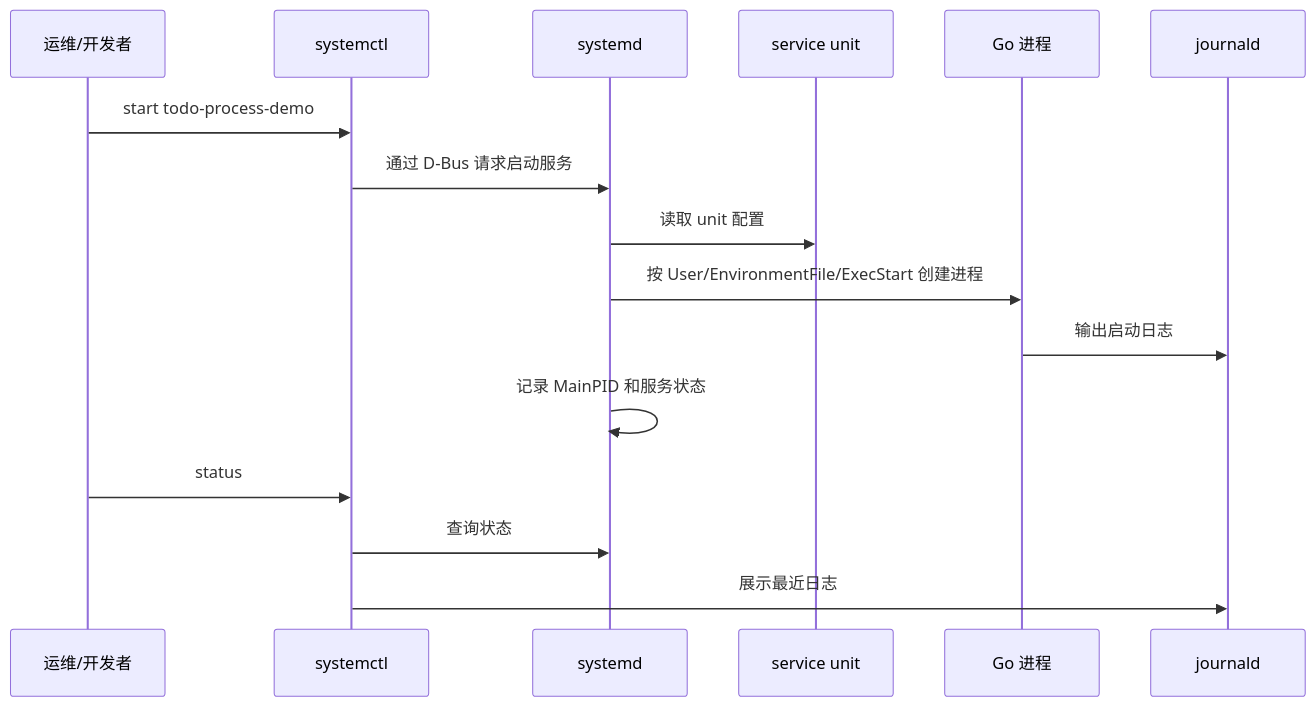
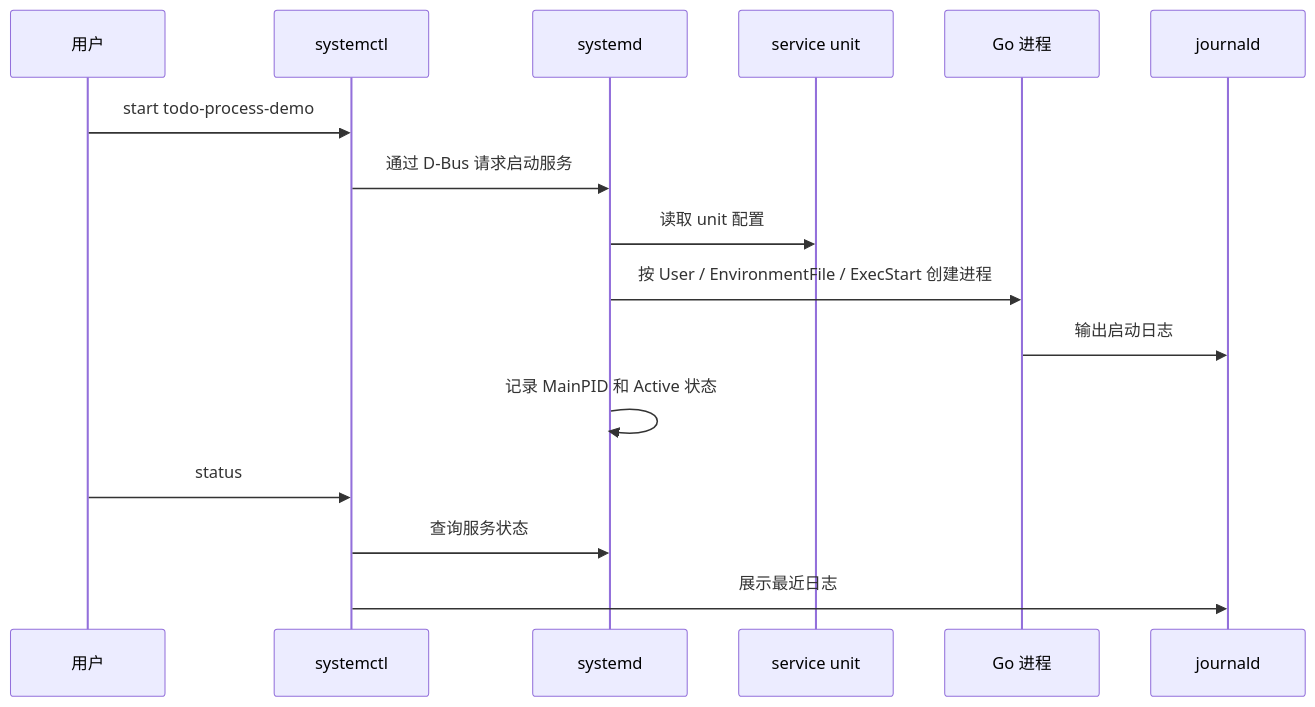
One commit to yleoer/cloud-native-todo-platform-docs changed the third of 3 diagrams in docs/chapters/stage-01-foundation/03-linux-process.md. Above: the diagram before and after it, drawn with Mermaid. The commit also changed other lines of this file and 3 other files, not shown here.

````diff
--- a/docs/chapters/stage-01-foundation/03-linux-process.md
+++ b/docs/chapters/stage-01-foundation/03-linux-process.md
@@ -332,19 +280,19 @@
 ```mermaid
 sequenceDiagram
-    participant User as 运维/开发者
+    participant User as 用户
     participant Systemctl as systemctl
     participant Systemd as systemd
     participant Unit as service unit
     participant Proc as Go 进程
     participant Journal as journald
 
     User->>Systemctl: start todo-process-demo
     Systemctl->>Systemd: 通过 D-Bus 请求启动服务
     Systemd->>Unit: 读取 unit 配置
-    Systemd->>Proc: 按 User/EnvironmentFile/ExecStart 创建进程
+    Systemd->>Proc: 按 User / EnvironmentFile / ExecStart 创建进程
     Proc->>Journal: 输出启动日志
-    Systemd->>Systemd: 记录 MainPID 和服务状态
+    Systemd->>Systemd: 记录 MainPID 和 Active 状态
     User->>Systemctl: status
-    Systemctl->>Systemd: 查询状态
+    Systemctl->>Systemd: 查询服务状态
     Systemctl->>Journal: 展示最近日志
 ```
````
